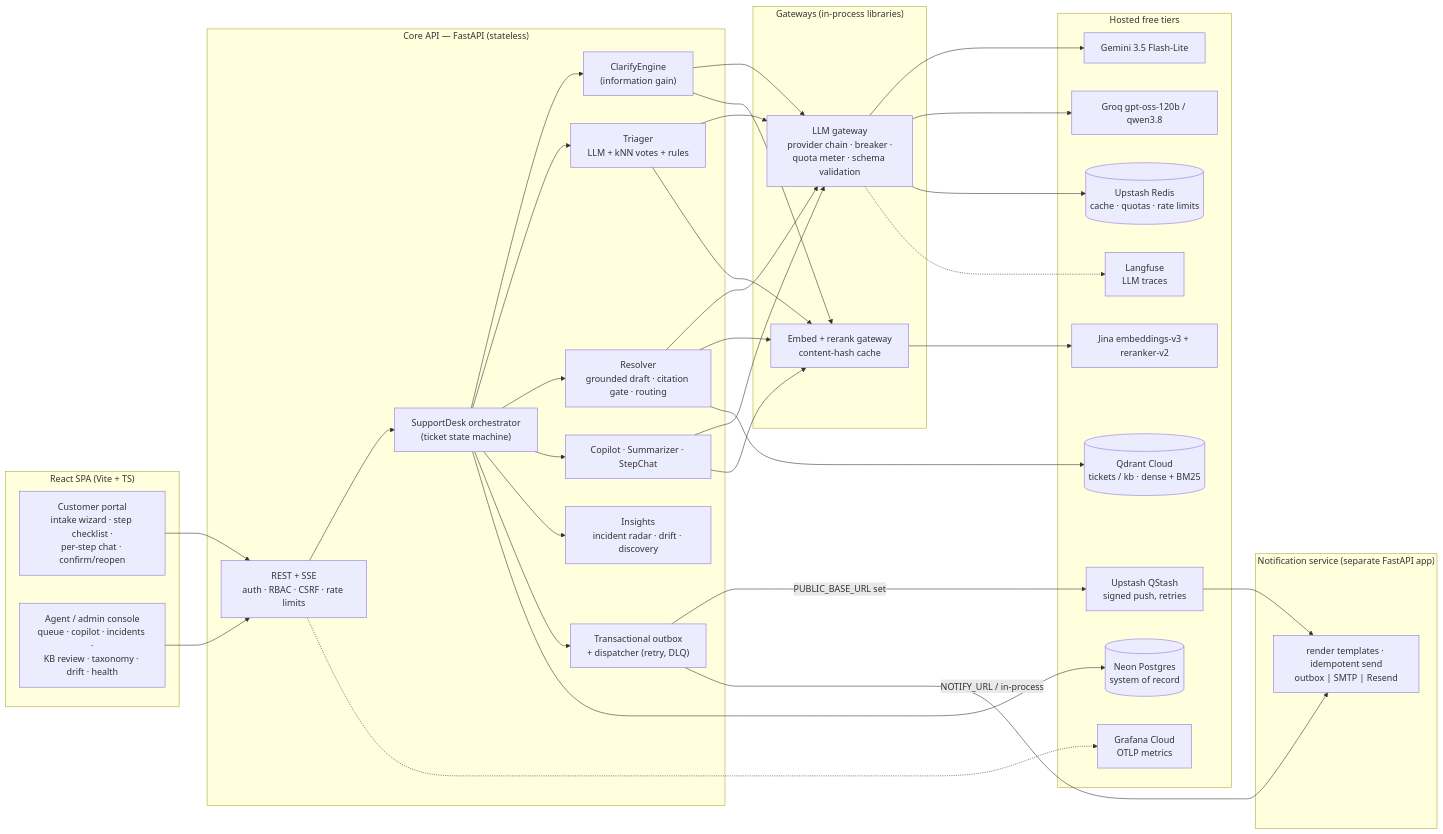
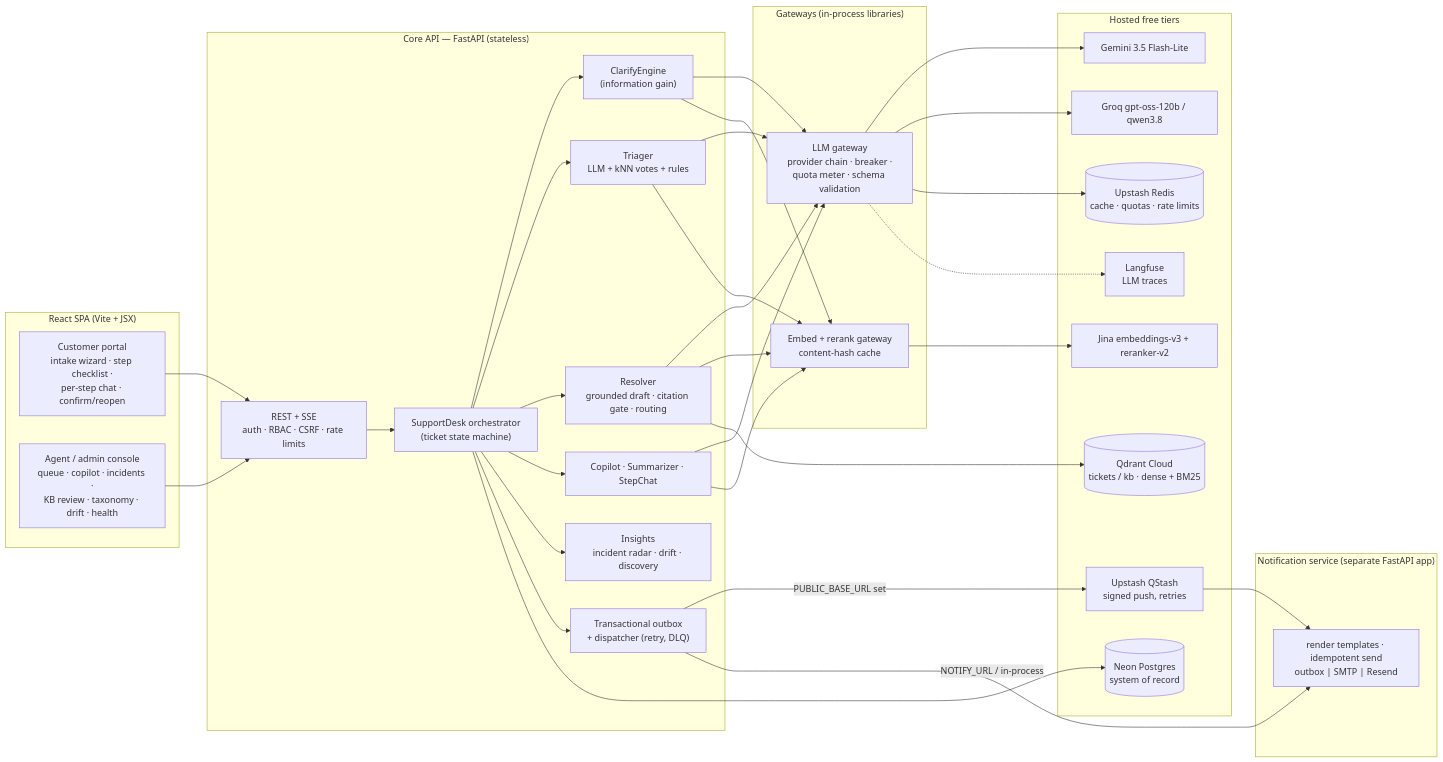
One commit to JJ1210-spec/telecom-support-resolution-assistant changed the first of 4 diagrams in docs/architecture.md. Above: the diagram before and after it, drawn with Mermaid. The commit also changed other lines of this file and 43 other files, not shown here.

````diff
--- a/docs/architecture.md
+++ b/docs/architecture.md
@@ -12,52 +12,50 @@
 ```mermaid
 flowchart LR
-  subgraph Client["React SPA (Vite + TS)"]
+  subgraph Client["React SPA (Vite + JSX)"]
     C["Customer portal<br/>intake wizard · step checklist ·<br/>per-step chat · confirm/reopen"]
     A["Agent / admin console<br/>queue · copilot · incidents ·<br/>KB review · taxonomy · drift · health"]
   end
 
   subgraph Core["Core API — FastAPI (stateless)"]
     API["REST + SSE<br/>auth · RBAC · CSRF · rate limits"]
     DESK["SupportDesk orchestrator<br/>(ticket state machine)"]
     CLR["ClarifyEngine<br/>(information gain)"]
     TRI["Triager<br/>LLM + kNN votes + rules"]
     RES["Resolver<br/>grounded draft · citation gate · routing"]
     AST["Copilot · Summarizer · StepChat"]
     INS["Insights<br/>incident radar · drift · discovery"]
     OUT["Transactional outbox<br/>+ dispatcher (retry, DLQ)"]
   end
 
   subgraph Notify["Notification service (separate FastAPI app)"]
     NS["render templates · idempotent send<br/>outbox | SMTP | Resend"]
   end
 
   subgraph Gateways["Gateways (in-process libraries)"]
     LLMG["LLM gateway<br/>provider chain · breaker ·<br/>quota meter · schema validation"]
     EMB["Embed + rerank gateway<br/>content-hash cache"]
   end
 
   subgraph Hosted["Hosted free tiers"]
     GEM["Gemini 3.5 Flash-Lite"]
     GROQ["Groq gpt-oss-120b / qwen3.8"]
     JINA["Jina embeddings-v3 + reranker-v2"]
     QD[("Qdrant Cloud<br/>tickets / kb · dense + BM25")]
     PG[("Neon Postgres<br/>system of record")]
     RD[("Upstash Redis<br/>cache · quotas · rate limits")]
     QS["Upstash QStash<br/>signed push, retries"]
     LF["Langfuse<br/>LLM traces"]
-    GF["Grafana Cloud<br/>OTLP metrics"]
   end
 
   C & A --> API --> DESK
   DESK --> CLR & TRI & RES & AST & INS & OUT
   CLR & TRI & RES & AST --> LLMG & EMB
   LLMG --> GEM & GROQ
   EMB --> JINA
   RES --> QD
   DESK --> PG
   LLMG --> RD
   OUT -- "PUBLIC_BASE_URL set" --> QS --> NS
   OUT -- "NOTIFY_URL / in-process" --> NS
   LLMG -.-> LF
-  API -.-> GF
 ```
````
